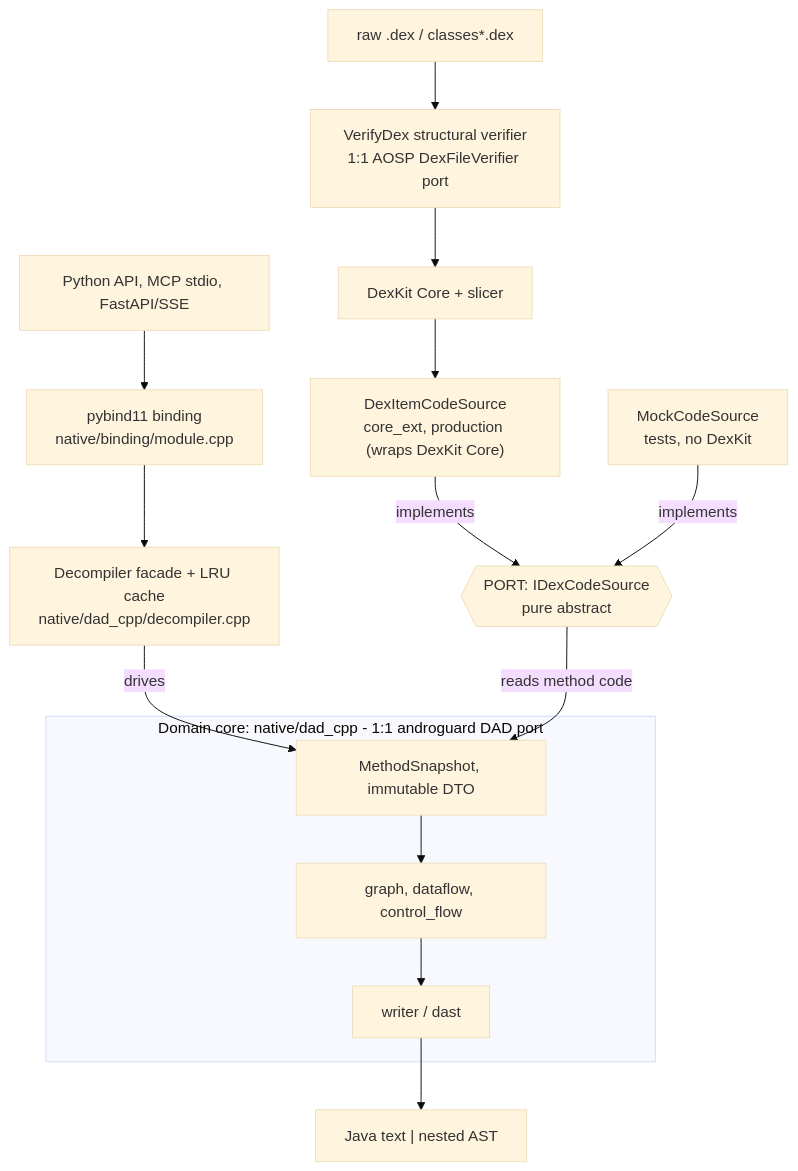
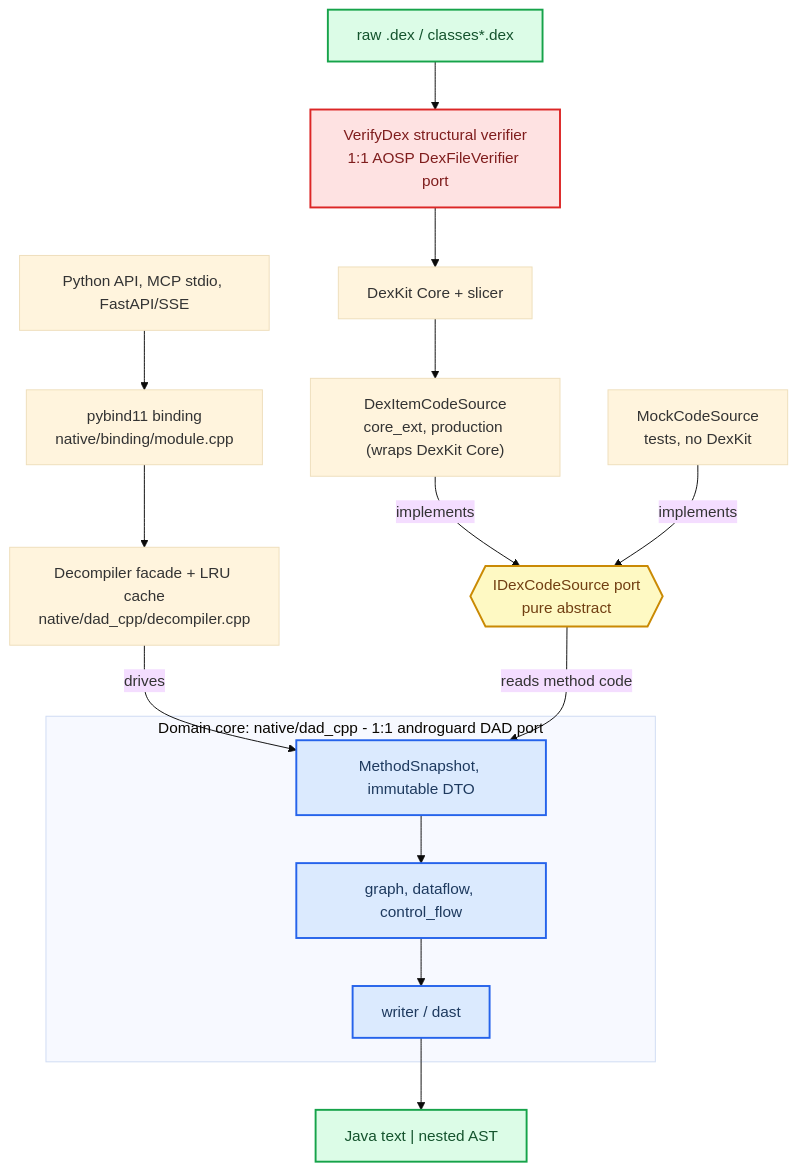
The diagram in docs/architecture.md (mobile-threat-hunter/dex-analyzer-for-llm), drawn with Mermaid (base theme) before and after one commit. The commit also changed 2 other files, not shown here.

Commit message:
docs: apply markdown-mermaid-writing skill standards to all diagrams
Update all 8 Mermaid diagrams (README ×1, architecture.md ×1, workflow.md ×6) to
the markdown-mermaid-writing skill's mandatory rules:

- accTitle + accDescr on every diagram (screen-reader accessibility) — verified
  present in rendered SVG <title>/aria metadata
- snake_case node/participant IDs matching labels (PY->python_api, U->caller, ...)
- semantic classDef colour classes instead of bare boxes (no inline style, no
  %%{init} that would break GitHub dark mode): io / guard / boundary / domain /
  primitive / decompile — the VerifyDex gate, IDexCodeSource port, and domain core
  are now colour-coded for instant scanning
- diagram types unchanged (already correct: sequenceDiagram for interactions,
  flowchart for structure/flow)

All 8 re-validated by rendering to real (non-error) SVG with mermaid-cli; node
labels and flows are content-identical to before.

````diff
--- a/docs/architecture.md
+++ b/docs/architecture.md
@@ -11,28 +11,41 @@
 ```mermaid
 flowchart TB
-    PY["Python API, MCP stdio, FastAPI/SSE"]
-    BIND["pybind11 binding<br/>native/binding/module.cpp"]
-    FACADE["Decompiler facade + LRU cache<br/>native/dad_cpp/decompiler.cpp"]
-    BYTES["raw .dex / classes*.dex"]
-    VERIFY["VerifyDex structural verifier<br/>1:1 AOSP DexFileVerifier port"]
-    DEXKIT["DexKit Core + slicer"]
-    PROD["DexItemCodeSource<br/>core_ext, production (wraps DexKit Core)"]
-    MOCK["MockCodeSource<br/>tests, no DexKit"]
-    PORT{{"PORT: IDexCodeSource<br/>pure abstract"}}
-    OUT["Java text | nested AST"]
+    accTitle: Ports and Adapters Architecture
+    accDescr: The Python API drives the decompiler facade and the DAD domain core, which reads dex only through the IDexCodeSource port. Production and test adapters implement that port, and every dex passes the VerifyDex structural verifier before the DexKit Core slicer parses it.
+
+    python_api["Python API, MCP stdio, FastAPI/SSE"]
+    pybind["pybind11 binding<br/>native/binding/module.cpp"]
+    facade["Decompiler facade + LRU cache<br/>native/dad_cpp/decompiler.cpp"]
+    raw_dex["raw .dex / classes*.dex"]
+    verify_dex["VerifyDex structural verifier<br/>1:1 AOSP DexFileVerifier port"]
+    dexkit_core["DexKit Core + slicer"]
+    prod_adapter["DexItemCodeSource<br/>core_ext, production (wraps DexKit Core)"]
+    mock_adapter["MockCodeSource<br/>tests, no DexKit"]
+    port{{"IDexCodeSource port<br/>pure abstract"}}
+    output["Java text | nested AST"]
 
     subgraph core["Domain core: native/dad_cpp - 1:1 androguard DAD port"]
-        SNAP["MethodSnapshot, immutable DTO"]
-        PIPE["graph, dataflow, control_flow"]
-        EMIT["writer / dast"]
-        SNAP --> PIPE --> EMIT
+        snapshot["MethodSnapshot, immutable DTO"]
+        pipeline["graph, dataflow, control_flow"]
+        emit["writer / dast"]
+        snapshot --> pipeline --> emit
     end
 
-    PY --> BIND --> FACADE
-    FACADE -->|drives| SNAP
-    BYTES --> VERIFY --> DEXKIT --> PROD
-    PROD -->|implements| PORT
-    MOCK -->|implements| PORT
-    PORT -->|reads method code| SNAP
-    EMIT --> OUT
+    python_api --> pybind --> facade
+    facade -->|drives| snapshot
+    raw_dex --> verify_dex --> dexkit_core --> prod_adapter
+    prod_adapter -->|implements| port
+    mock_adapter -->|implements| port
+    port -->|reads method code| snapshot
+    emit --> output
+
+    classDef io fill:#dcfce7,stroke:#16a34a,stroke-width:2px,color:#14532d
+    classDef guard fill:#fee2e2,stroke:#dc2626,stroke-width:2px,color:#7f1d1d
+    classDef boundary fill:#fef9c3,stroke:#ca8a04,stroke-width:2px,color:#713f12
+    classDef domain fill:#dbeafe,stroke:#2563eb,stroke-width:2px,color:#1e3a5f
+
+    class raw_dex,output io
+    class verify_dex guard
+    class port boundary
+    class snapshot,pipeline,emit domain
 ```
````
